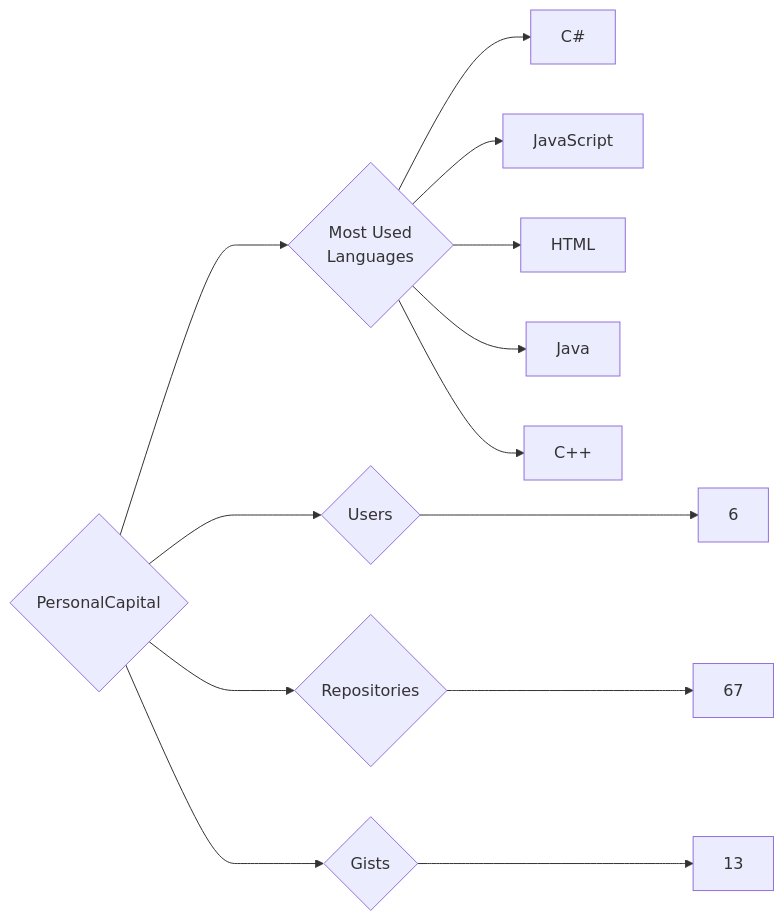
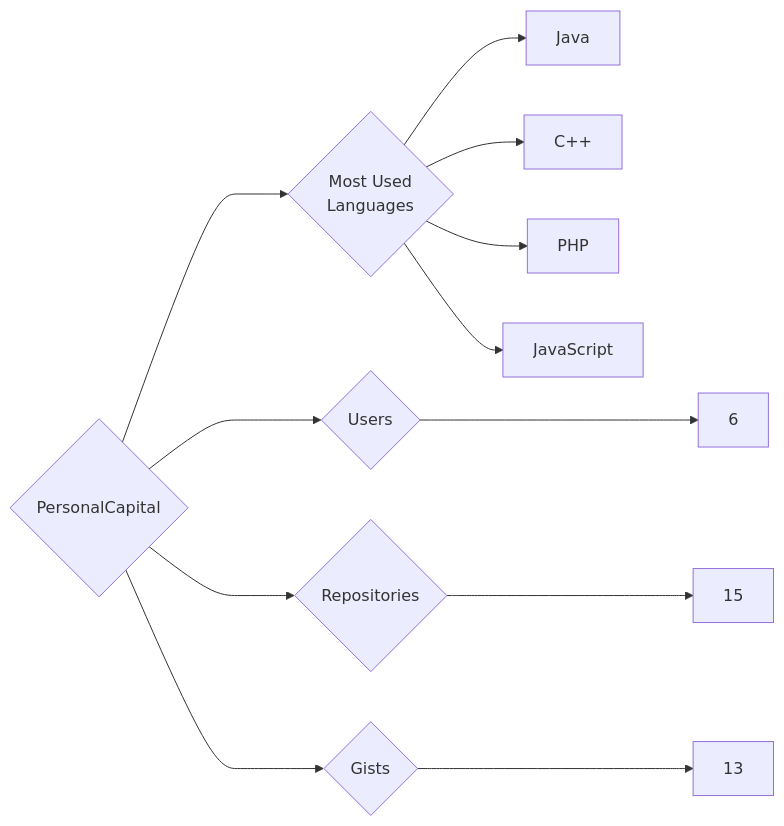
One commit to trickest/insiders changed the diagram in targets/PersonalCapital/README.md. Above: the diagram before and after it, drawn with Mermaid. The commit also changed 1484 other files, not shown here.

````diff
--- a/targets/PersonalCapital/README.md
+++ b/targets/PersonalCapital/README.md
@@ -3,13 +3,12 @@
 ```mermaid
 graph LR
 COMPANY_NAME{PersonalCapital}
 COMPANY_NAME ---> U{Users} ---> UN[6]
-COMPANY_NAME ---> R{Repositories} ---> RN[67]
+COMPANY_NAME ---> R{Repositories} ---> RN[15]
 COMPANY_NAME ---> G{Gists} ---> GN[13]
 COMPANY_NAME ---> ML{Most Used<br>Languages}
-ML --> C#[C#]
-ML --> JavaScript[JavaScript]
-ML --> HTML[HTML]
 ML --> Java[Java]
 ML --> C++[C++]
+ML --> PHP[PHP]
+ML --> JavaScript[JavaScript]
 ```
````
